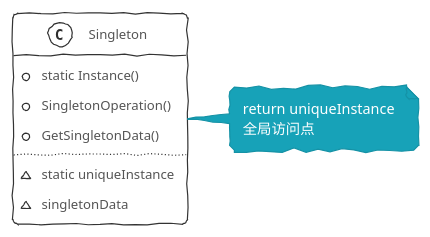
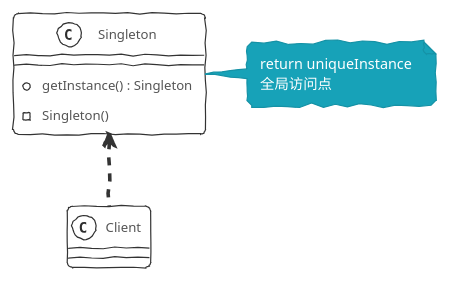
Before and after one commit to xiahubs/xiahubs.github.io: the diagram in source/_posts/DesignPatterns/singleton.md, drawn with PlantUML. The commit also changed 18 other files, not shown here.

```diff
--- a/source/_posts/DesignPatterns/singleton.md
+++ b/source/_posts/DesignPatterns/singleton.md
@@ -8,12 +8,13 @@
 {% plantuml %}
 !theme sketchy-outline
-class Singleton {
-  + static Instance()
-  + SingletonOperation()
-  + GetSingletonData()
-  ..
-  ~ static uniqueInstance
-  ~ singletonData
+
+class Singleton
+{
+  + getInstance() : Singleton
+  - Singleton()
 }
-note right of Singleton : return uniqueInstance\n全局访问点
+note right: return uniqueInstance\n全局访问点
+
+Singleton <.. Client
+
 {% endplantuml %}
```
